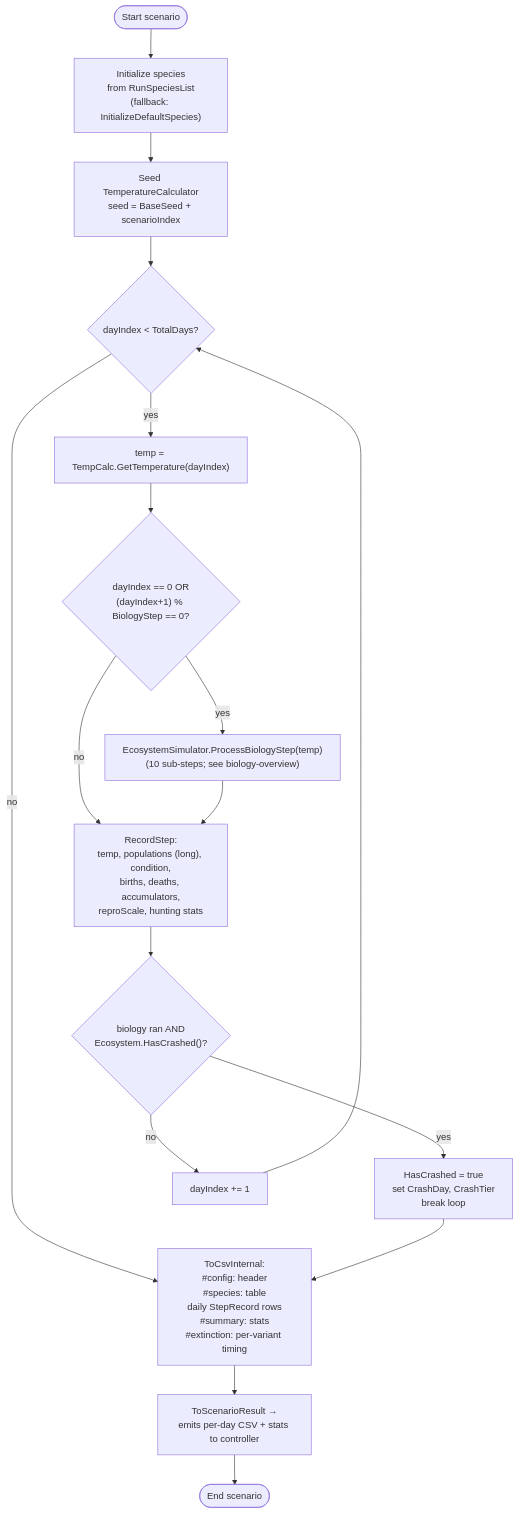
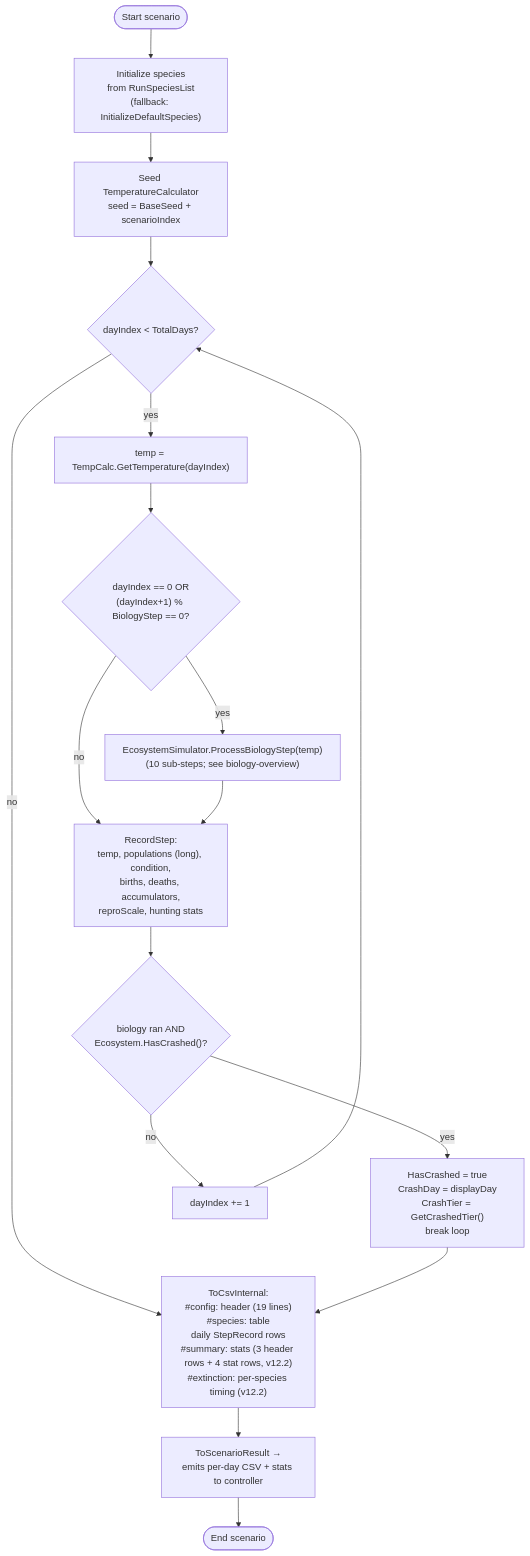
One commit to Ghostlab-Studios/tinysea changed the diagram in docs/diagrams/scenario-flow.md. Above: the diagram before and after it, drawn with Mermaid. The commit also changed other lines of this file and 56 other files, not shown here.

````diff
--- a/docs/diagrams/scenario-flow.md
+++ b/docs/diagrams/scenario-flow.md
@@ -5,20 +5,20 @@
 ```mermaid
 flowchart TD
     Start([Start scenario]) --> Init["Initialize species<br/>from RunSpeciesList<br/>(fallback: InitializeDefaultSpecies)"]
     Init --> TempInit["Seed TemperatureCalculator<br/>seed = BaseSeed + scenarioIndex"]
     TempInit --> DayLoop{"dayIndex &lt; TotalDays?"}
     DayLoop -- yes --> Temp["temp = TempCalc.GetTemperature(dayIndex)"]
     Temp --> RunBio{"dayIndex == 0 OR<br/>(dayIndex+1) % BiologyStep == 0?"}
     RunBio -- yes --> Biology["EcosystemSimulator.ProcessBiologyStep(temp)<br/>(10 sub-steps; see biology-overview)"]
     RunBio -- no --> Record
     Biology --> Record["RecordStep:<br/>temp, populations (long), condition,<br/>births, deaths, accumulators,<br/>reproScale, hunting stats"]
     Record --> Crashed{"biology ran AND<br/>Ecosystem.HasCrashed()?"}
-    Crashed -- yes --> MarkCrash["HasCrashed = true<br/>set CrashDay, CrashTier<br/>break loop"]
+    Crashed -- yes --> MarkCrash["HasCrashed = true<br/>CrashDay = displayDay<br/>CrashTier = GetCrashedTier()<br/>break loop"]
     Crashed -- no --> NextDay["dayIndex += 1"]
     NextDay --> DayLoop
     DayLoop -- no --> Emit
     MarkCrash --> Emit
-    Emit["ToCsvInternal:<br/>#config: header<br/>#species: table<br/>daily StepRecord rows<br/>#summary: stats<br/>#extinction: per-variant timing"]
+    Emit["ToCsvInternal:<br/>#config: header (19 lines)<br/>#species: table<br/>daily StepRecord rows<br/>#summary: stats (3 header rows + 4 stat rows, v12.2)<br/>#extinction: per-species timing (v12.2)"]
     Emit --> Return["ToScenarioResult →<br/>emits per-day CSV + stats to controller"]
     Return --> End([End scenario])
 ```
````
